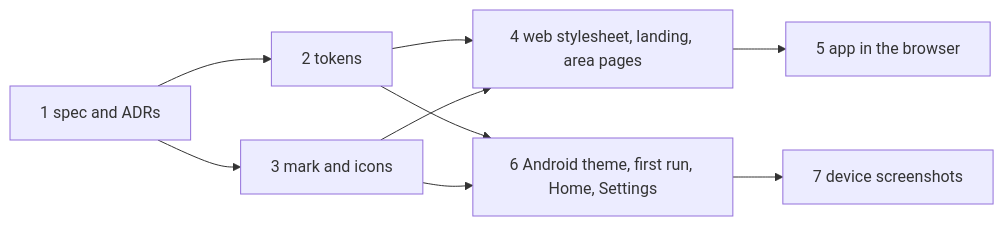
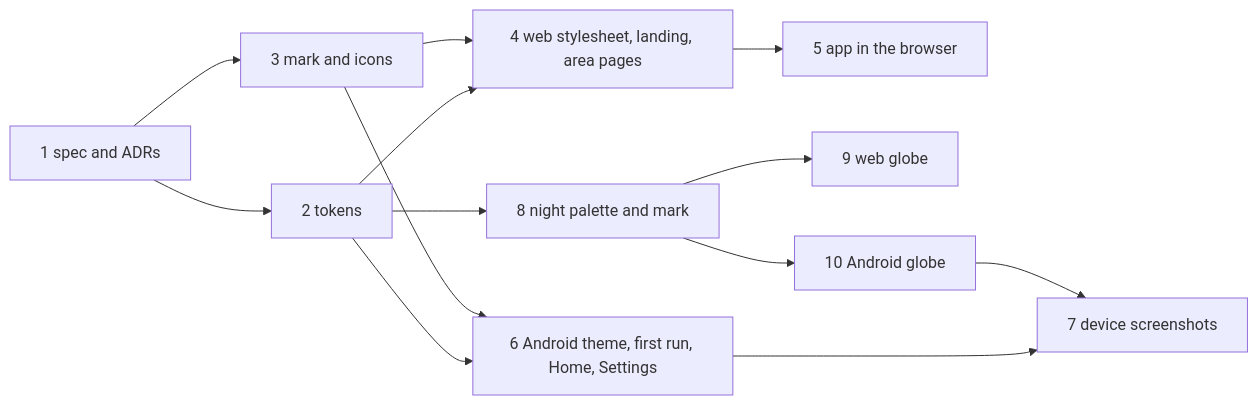
Before and after one commit to 3akare/outage: the diagram in .kiro/specs/material-redesign/tasks.md, drawn with Mermaid. The commit also changed other lines of this file and 92 other files, not shown here.

First line of the commit message:
feat(globe): a real rotating globe, one dark design, a new mark; Material skill removed [spec:material-redesign tasks:8-10]

````diff
--- a/.kiro/specs/material-redesign/tasks.md
+++ b/.kiro/specs/material-redesign/tasks.md
@@ -7,11 +7,15 @@
 ```mermaid
 graph LR
     T1[1 spec and ADRs] --> T2[2 tokens]
     T1 --> T3[3 mark and icons]
     T2 --> T4[4 web stylesheet, landing, area pages]
     T3 --> T4
     T4 --> T5[5 app in the browser]
     T2 --> T6[6 Android theme, first run, Home, Settings]
     T3 --> T6
     T6 --> T7[7 device screenshots]
+    T2 --> T8[8 night palette and mark]
+    T8 --> T9[9 web globe]
+    T8 --> T10[10 Android globe]
+    T10 --> T7
 ```
````
